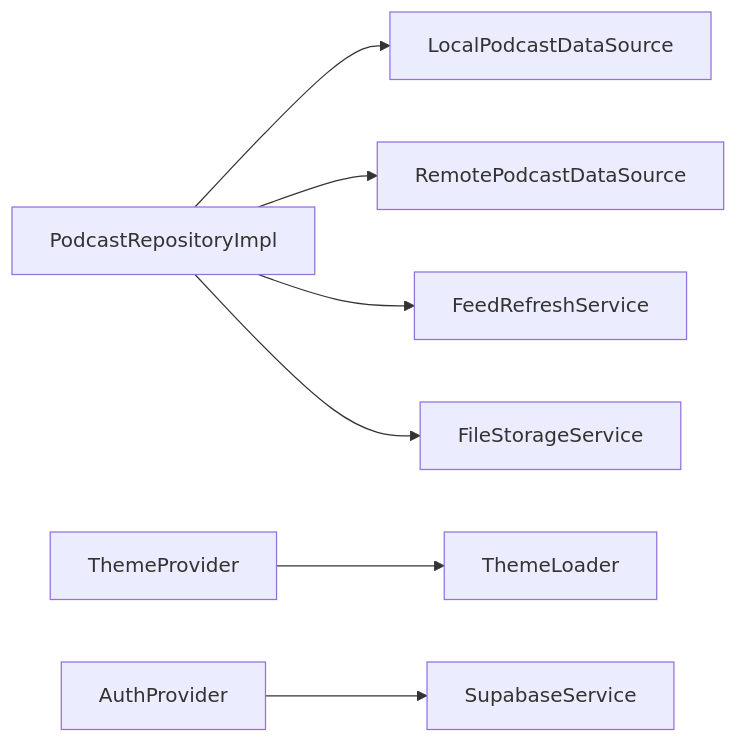
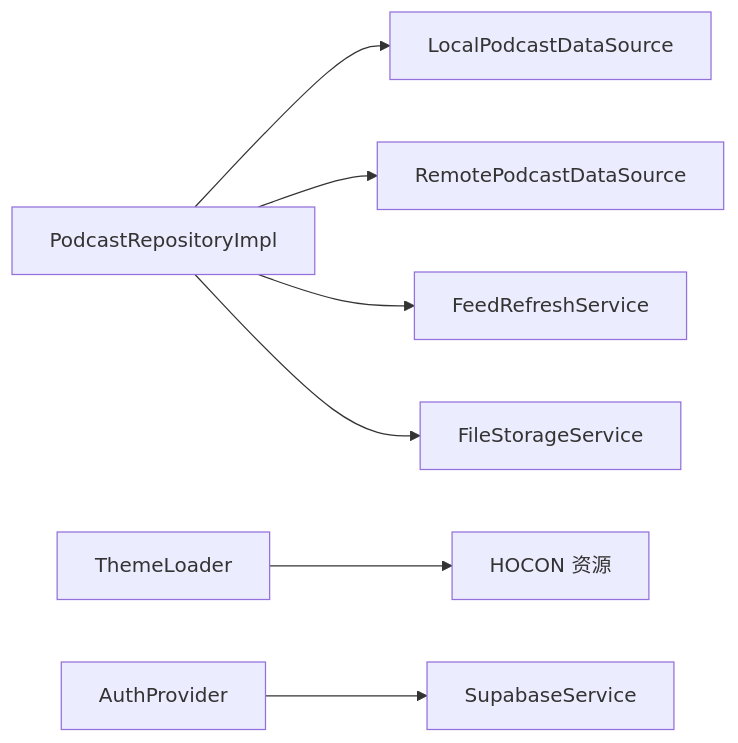
Before and after one commit to ZTfer/Tinycast: the seventh of 7 diagrams in .qoder/repowiki/zh/content/扩展开发/扩展开发.md, drawn with Mermaid. The commit also changed other lines of this file and 34 other files, not shown here.

````diff
--- a/.qoder/repowiki/zh/content/扩展开发/扩展开发.md
+++ b/.qoder/repowiki/zh/content/扩展开发/扩展开发.md
@@ -340,9 +331,9 @@
 ```mermaid
 graph LR
 Repo["PodcastRepositoryImpl"] --> LocalDS["LocalPodcastDataSource"]
 Repo --> RemoteDS["RemotePodcastDataSource"]
 Repo --> RefreshSvc["FeedRefreshService"]
-ThemeProv["ThemeProvider"] --> ThemeLoader["ThemeLoader"]
+ThemeLoader["ThemeLoader"] --> ThemeConf["HOCON 资源"]
 AuthProv["AuthProvider"] --> SupabaseSvc["SupabaseService"]
 Repo --> Storage["FileStorageService"]
 ```
````
